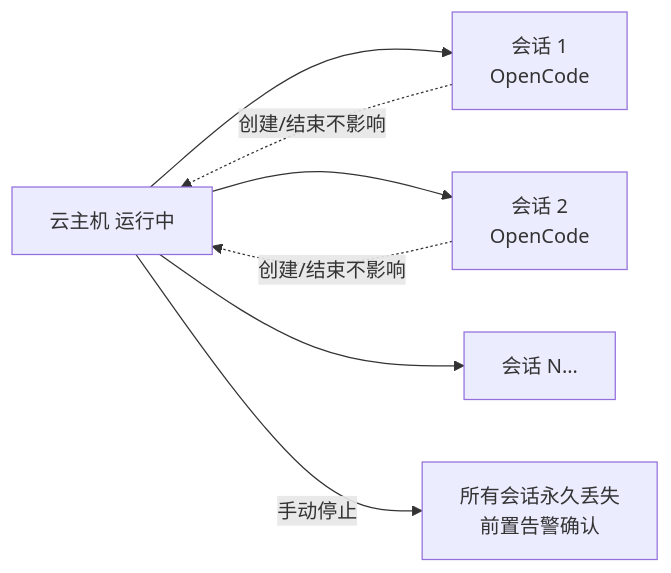
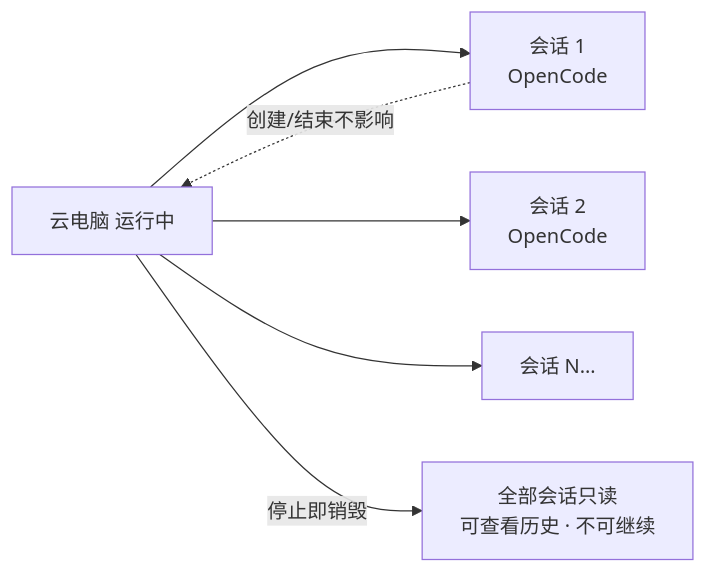
One commit to Deliay/z-agent-gear changed the third of 3 diagrams in docs/product/draft/20261020-container-harness-support.md. Above: the diagram before and after it, drawn with Mermaid. The commit also changed other lines of this file and 3 other files, not shown here.

````diff
--- a/docs/product/draft/20261020-container-harness-support.md
+++ b/docs/product/draft/20261020-container-harness-support.md
@@ -225,9 +227,8 @@
 ```mermaid
 flowchart LR
-    A[云主机 运行中] --> B[会话 1<br/>OpenCode]
+    A[云电脑 运行中] --> B[会话 1<br/>OpenCode]
     A --> C[会话 2<br/>OpenCode]
     A --> D[会话 N…]
     B -.创建/结束不影响.-> A
-    C -.创建/结束不影响.-> A
-    A -->|手动停止| E[所有会话永久丢失<br/>前置告警确认]
+    A -->|停止即销毁| E[全部会话只读<br/>可查看历史 · 不可继续]
 ```
````
